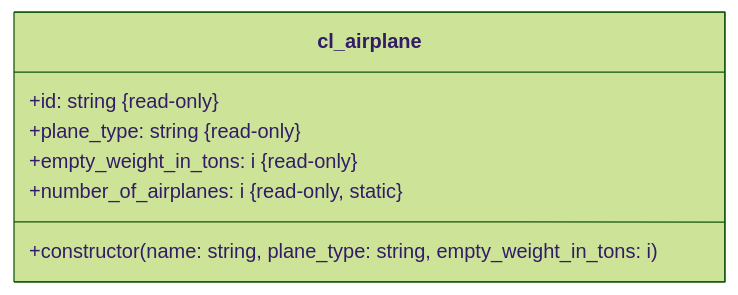
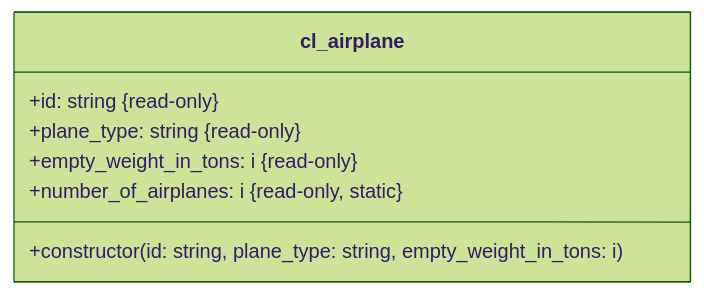
Before and after one commit to appenmaier/s4hana: the diagram in docs/exercises/abap-objects/abap-objects-04.md, drawn with Mermaid (forest theme).

````diff
--- a/docs/exercises/abap-objects/abap-objects-04.md
+++ b/docs/exercises/abap-objects/abap-objects-04.md
@@ -11,10 +11,10 @@
 ```mermaid
 classDiagram
    class cl_airplane {
       +id: string &#123read-only&#125
       +plane_type: string &#123read-only&#125
       +empty_weight_in_tons: i &#123read-only&#125
       +number_of_airplanes: i &#123read-only, static&#125
-      +constructor(name: string, plane_type: string, empty_weight_in_tons: i)
+      +constructor(id: string, plane_type: string, empty_weight_in_tons: i)
    }
 ```
````
